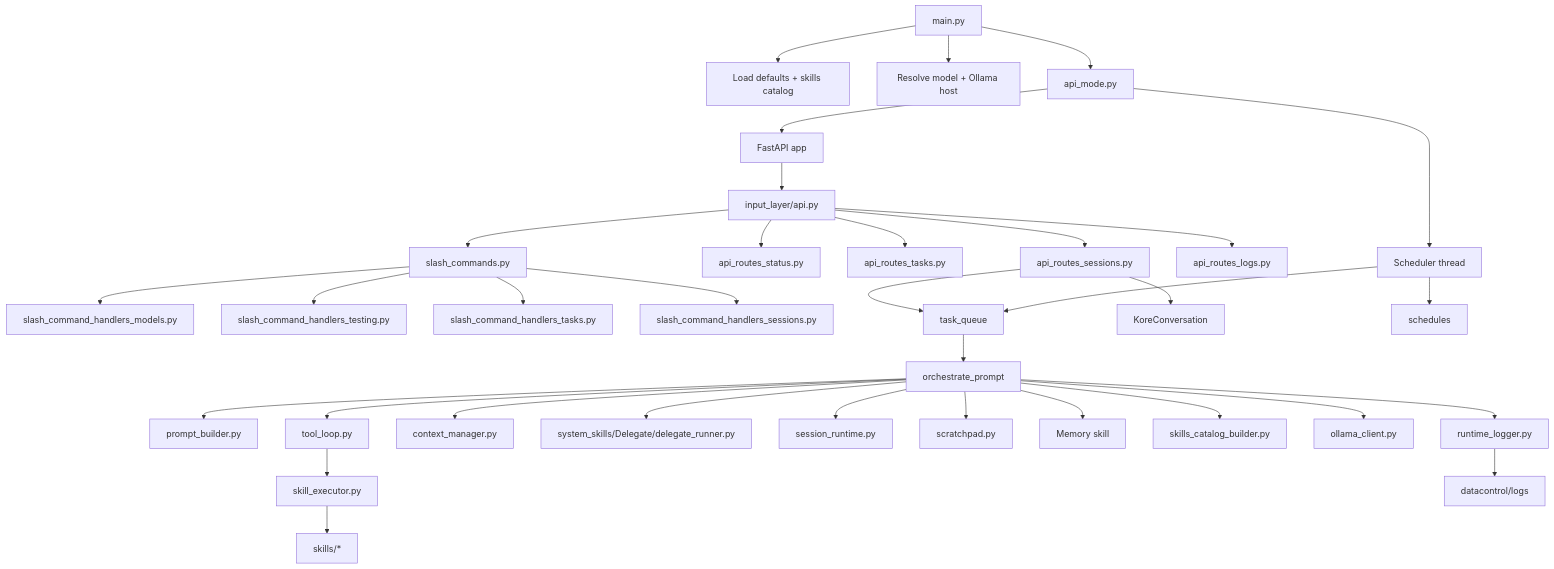
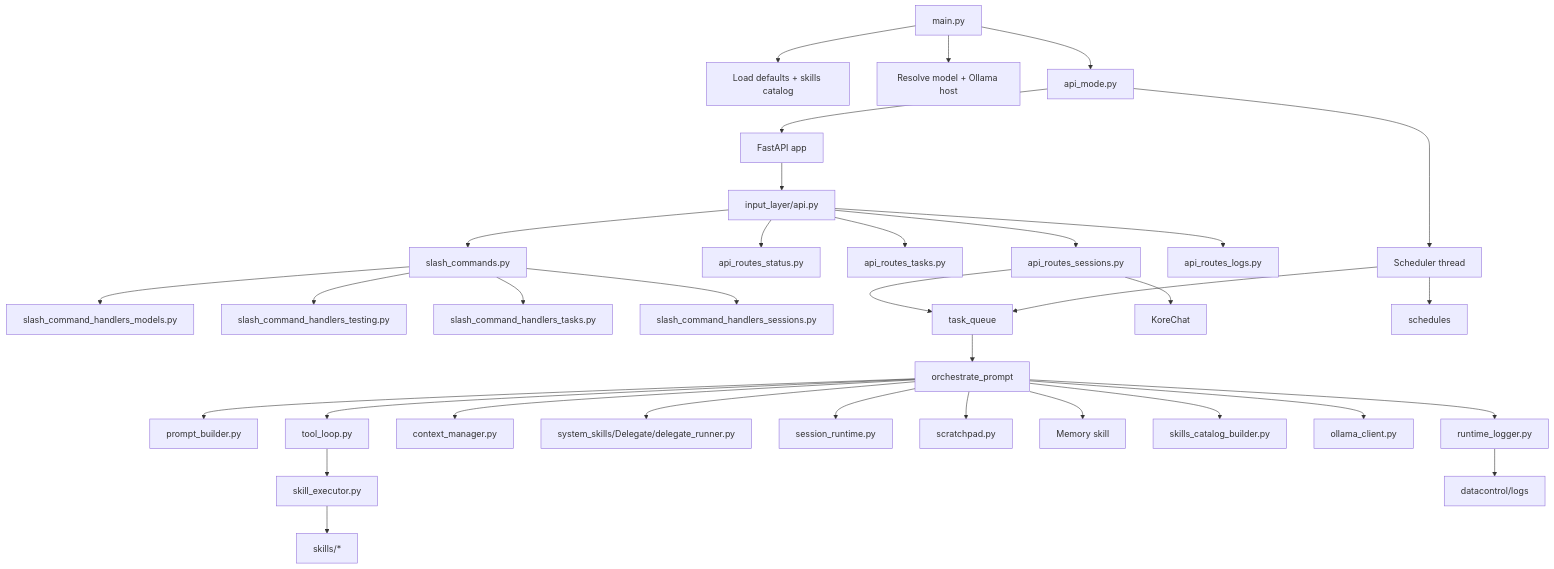
The diagram in KoreAgent/README_DEVS.md (DaveSteadman/KoreStack), drawn with Mermaid before and after one commit. The commit also changed other lines of this file and 266 other files, not shown here.

````diff
--- a/KoreAgent/README_DEVS.md
+++ b/KoreAgent/README_DEVS.md
@@ -27,45 +27,45 @@
 ```mermaid
 flowchart TD
     A[main.py] --> B[Load defaults + skills catalog]
     A --> C[Resolve model + Ollama host]
     A --> D[api_mode.py]
 
     D --> E[FastAPI app]
     D --> F[Scheduler thread]
 
     E --> G[input_layer/api.py]
     G --> G1[api_routes_status.py]
     G --> G2[api_routes_tasks.py]
     G --> G3[api_routes_sessions.py]
     G --> G4[api_routes_logs.py]
     G --> H[slash_commands.py]
     H --> H1[slash_command_handlers_models.py]
     H --> H2[slash_command_handlers_testing.py]
     H --> H3[slash_command_handlers_tasks.py]
     H --> H4[slash_command_handlers_sessions.py]
 
     G3 --> Q[task_queue]
     F --> Q
 
     Q --> R[orchestrate_prompt]
 
     R --> R1[prompt_builder.py]
     R --> R2[tool_loop.py]
     R --> R3[context_manager.py]
     R --> R4[system_skills/Delegate/delegate_runner.py]
     R --> R5[session_runtime.py]
 
     R2 --> S[skill_executor.py]
     S --> T[skills/*]
 
     R --> U[scratchpad.py]
     R --> V[Memory skill]
     R --> W[skills_catalog_builder.py]
     R --> X[ollama_client.py]
 
     R --> Y[runtime_logger.py]
     Y --> Z[datacontrol/logs]
 
-    G3 --> AA[KoreConversation]
+    G3 --> AA[KoreChat]
     F --> AB[schedules]
 ```
````
